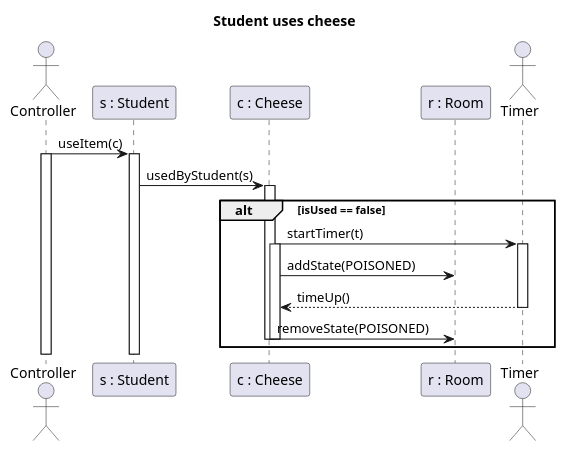
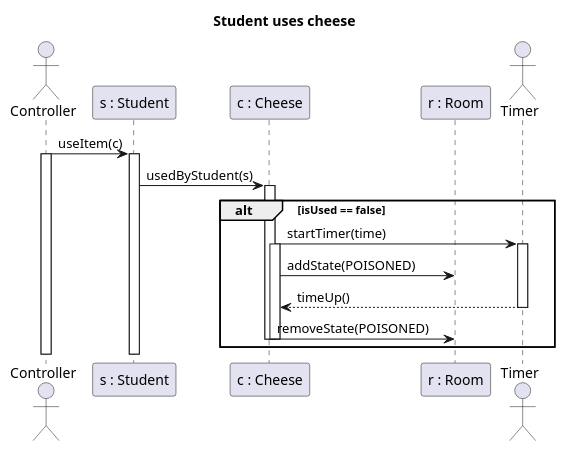
Before and after one commit to MBakter/echo: the diagram in Reko/cheese.plantuml, drawn with PlantUML. The commit also changed 4 other files, not shown here.

```diff
--- a/Reko/cheese.plantuml
+++ b/Reko/cheese.plantuml
@@ -1,29 +1,29 @@
 @startuml Student uses cheese
 title Student uses cheese
 
 actor Controller as C
 participant "s : Student" as s
 participant "c : Cheese" as c
 participant "r : Room" as r
 actor Timer as t
 
 C -> s : useItem(c)
 Activate C
 Activate s
 s -> c : usedByStudent(s)
 Activate c
 alt isUsed == false
-    c -> t : startTimer(t)
+    c -> t : startTimer(time)
     Activate t
     Activate c 
     c -> r : addState(POISONED)
     t --> c : timeUp()
     Deactivate t
     c -> r : removeState(POISONED)
     Deactivate c
     Deactivate c
 end
 Deactivate s
 Deactivate C
 
 @enduml
```
